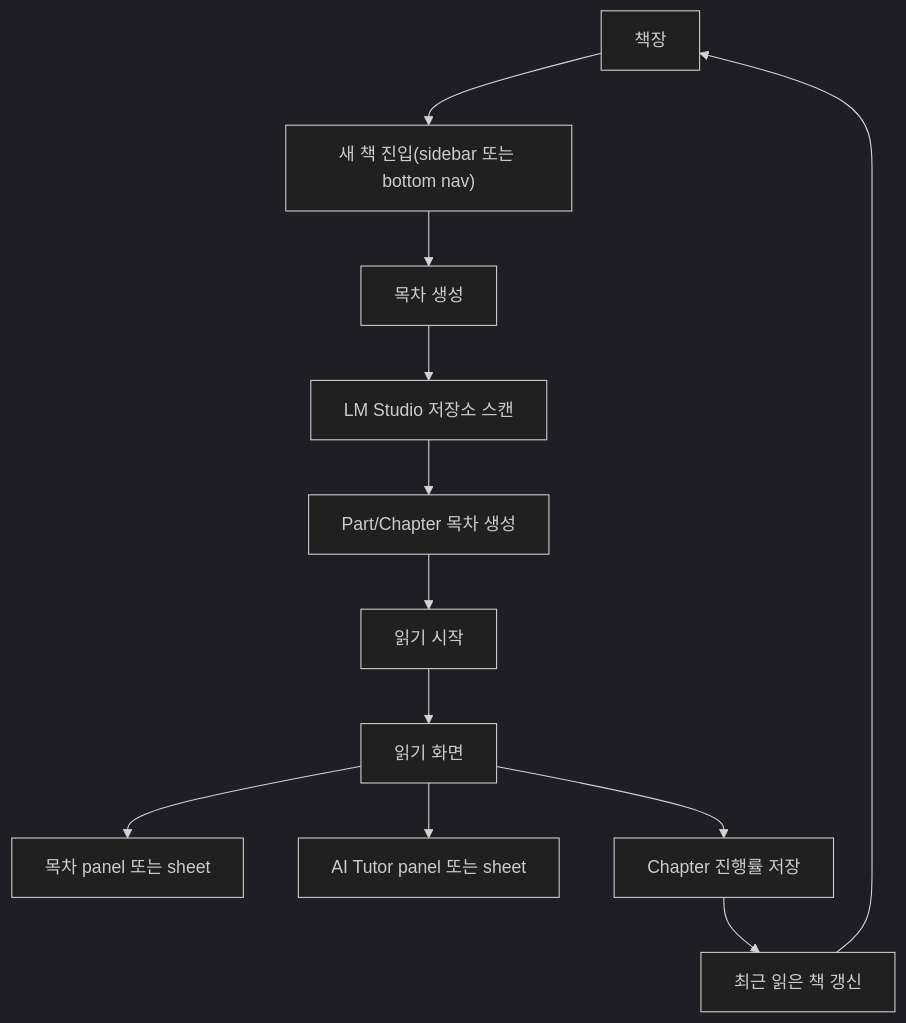
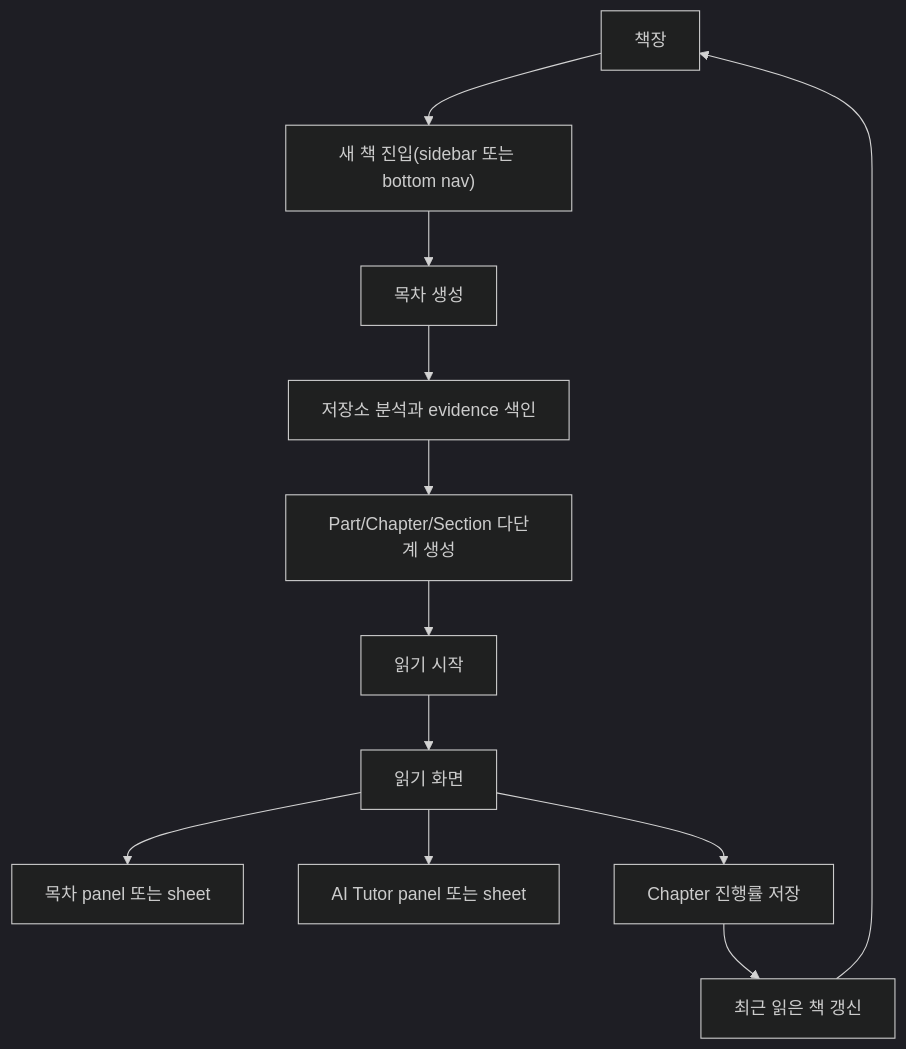
Before and after one commit to seobaeksol/repo-books: the diagram in docs/wireframes/apple-books-repo-books-flow.md, drawn with Mermaid (dark theme). The commit also changed other lines of this file and 25 other files, not shown here.

````diff
--- a/docs/wireframes/apple-books-repo-books-flow.md
+++ b/docs/wireframes/apple-books-repo-books-flow.md
@@ -105,14 +105,14 @@
 ```mermaid
 flowchart TD
   A["책장"] --> B["새 책 진입(sidebar 또는 bottom nav)"]
   B --> C["목차 생성"]
-  C --> D["LM Studio 저장소 스캔"]
-  D --> E["Part/Chapter 목차 생성"]
+  C --> D["저장소 분석과 evidence 색인"]
+  D --> E["Part/Chapter/Section 다단계 생성"]
   E --> F["읽기 시작"]
   F --> G["읽기 화면"]
   G --> H["목차 panel 또는 sheet"]
   G --> I["AI Tutor panel 또는 sheet"]
   G --> J["Chapter 진행률 저장"]
   J --> K["최근 읽은 책 갱신"]
   K --> A
 ```
````
